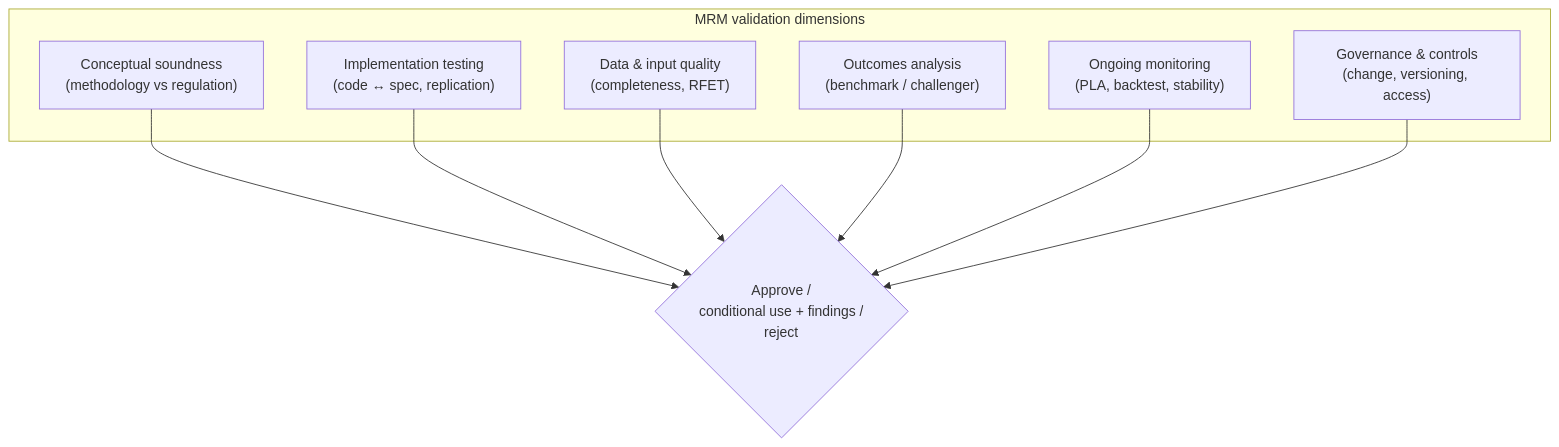
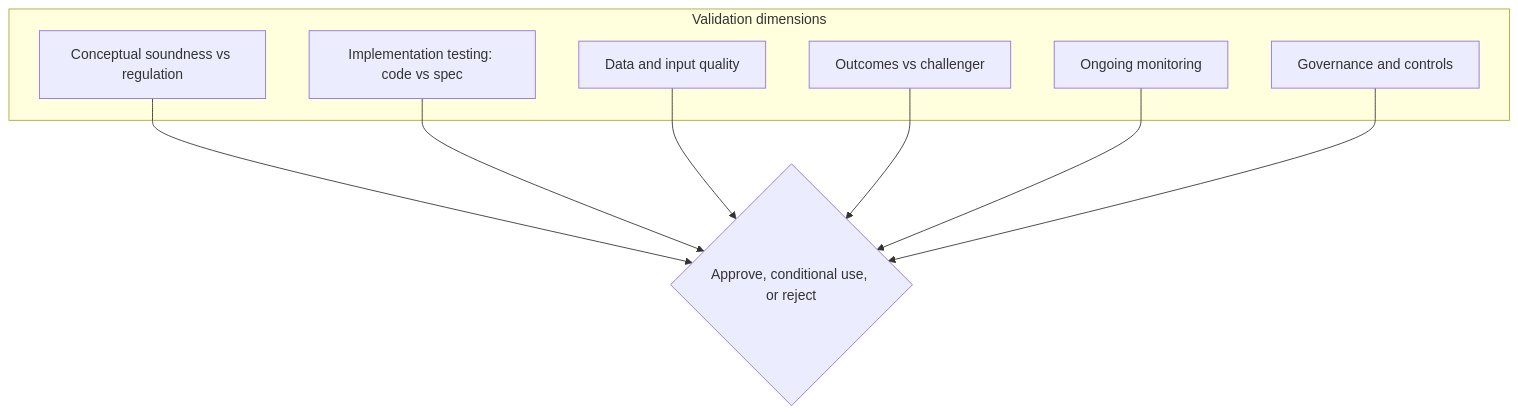
Before and after one commit to tomanizer/frtb-capital: the eighth of 9 diagrams in docs/FRTB_TARGET_OPERATING_MODEL.md, drawn with Mermaid. The commit also changed other lines of this file and 1 other file, not shown here.

````diff
--- a/docs/FRTB_TARGET_OPERATING_MODEL.md
+++ b/docs/FRTB_TARGET_OPERATING_MODEL.md
@@ -640,17 +568,17 @@
 ```mermaid
 flowchart TB
-    subgraph MRM["MRM validation dimensions"]
-        V1["Conceptual soundness<br/>(methodology vs regulation)"]
-        V2["Implementation testing<br/>(code ↔ spec, replication)"]
-        V3["Data & input quality<br/>(completeness, RFET)"]
-        V4["Outcomes analysis<br/>(benchmark / challenger)"]
-        V5["Ongoing monitoring<br/>(PLA, backtest, stability)"]
-        V6["Governance & controls<br/>(change, versioning, access)"]
+    subgraph MRM["Validation dimensions"]
+        V1["Conceptual soundness vs regulation"]
+        V2["Implementation testing: code vs spec"]
+        V3["Data and input quality"]
+        V4["Outcomes vs challenger"]
+        V5["Ongoing monitoring"]
+        V6["Governance and controls"]
     end
-    V1 --> APPR{"Approve /<br/>conditional use + findings /<br/>reject"}
+    V1 --> APPR{"Approve, conditional use, or reject"}
     V2 --> APPR
     V3 --> APPR
     V4 --> APPR
     V5 --> APPR
     V6 --> APPR
 ```
````
